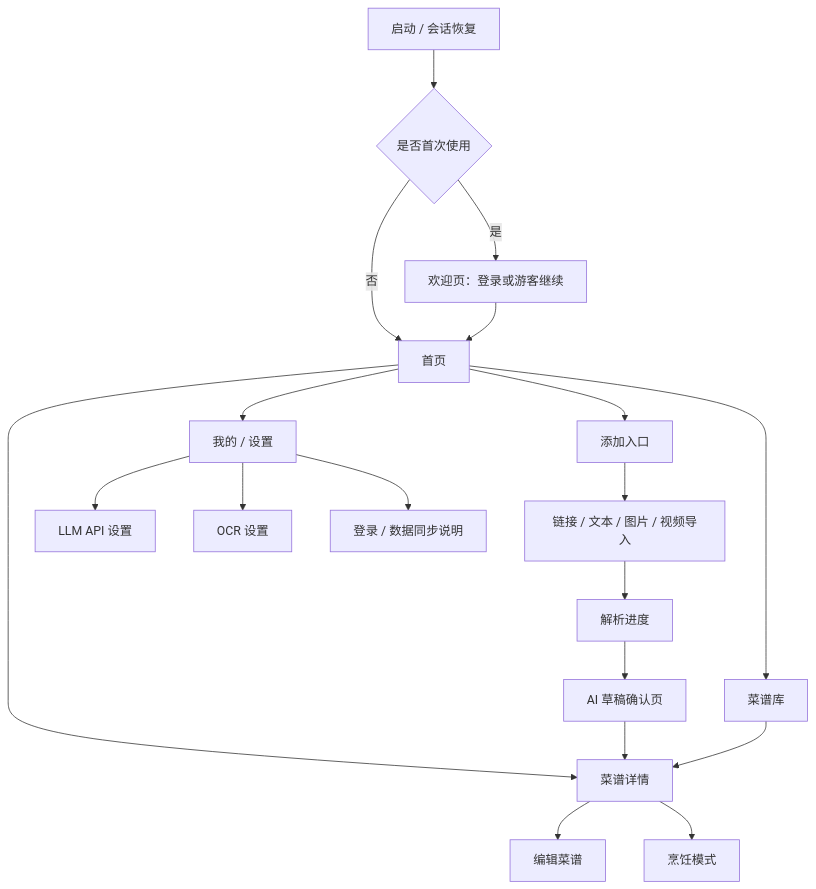
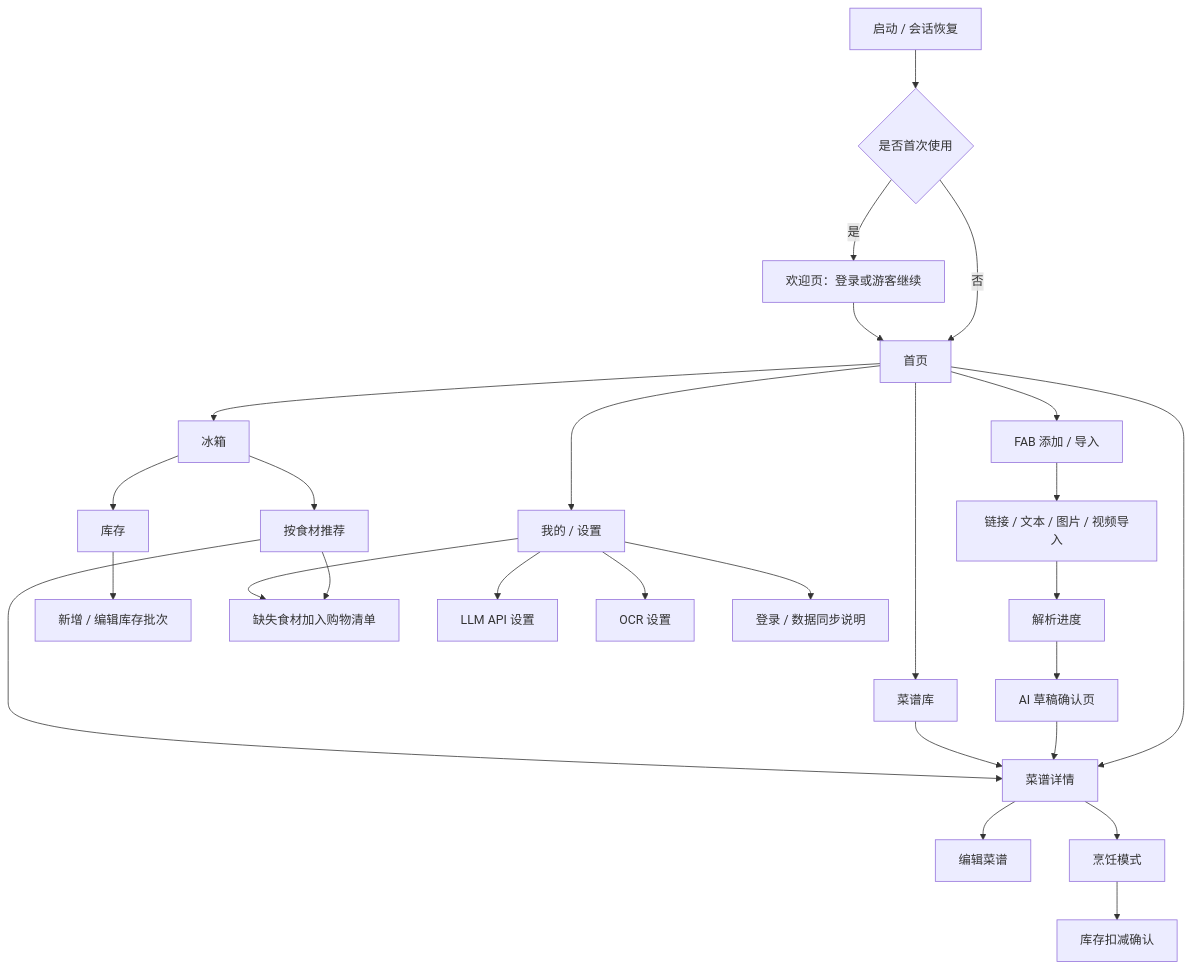
Before and after one commit to zisjugoudan/ai-recipe: the first of 2 diagrams in design/UI_HANDOFF.md, drawn with Mermaid. The commit also changed other lines of this file and 83 other files, not shown here.

First line of the commit message:
design: add prototypes, flows and pixel art assets

````diff
--- a/design/UI_HANDOFF.md
+++ b/design/UI_HANDOFF.md
@@ -68,21 +68,29 @@
 ```mermaid
 flowchart TD
   A["启动 / 会话恢复"] --> B{"是否首次使用"}
   B -->|是| C["欢迎页：登录或游客继续"]
   B -->|否| D["首页"]
   C --> D
-  D --> E["添加入口"]
+  D --> E["FAB 添加 / 导入"]
   D --> F["菜谱详情"]
   D --> G["菜谱库"]
+  D --> R["冰箱"]
   E --> H["链接 / 文本 / 图片 / 视频导入"]
   H --> I["解析进度"]
   I --> J["AI 草稿确认页"]
   J --> F
   G --> F
   F --> K["编辑菜谱"]
   F --> L["烹饪模式"]
+  L --> Q["库存扣减确认"]
+  R --> S["库存"]
+  R --> T["按食材推荐"]
+  S --> U["新增 / 编辑库存批次"]
+  T --> F
+  T --> V["缺失食材加入购物清单"]
   D --> M["我的 / 设置"]
   M --> N["LLM API 设置"]
   M --> O["OCR 设置"]
   M --> P["登录 / 数据同步说明"]
+  M --> V
 ```
````
